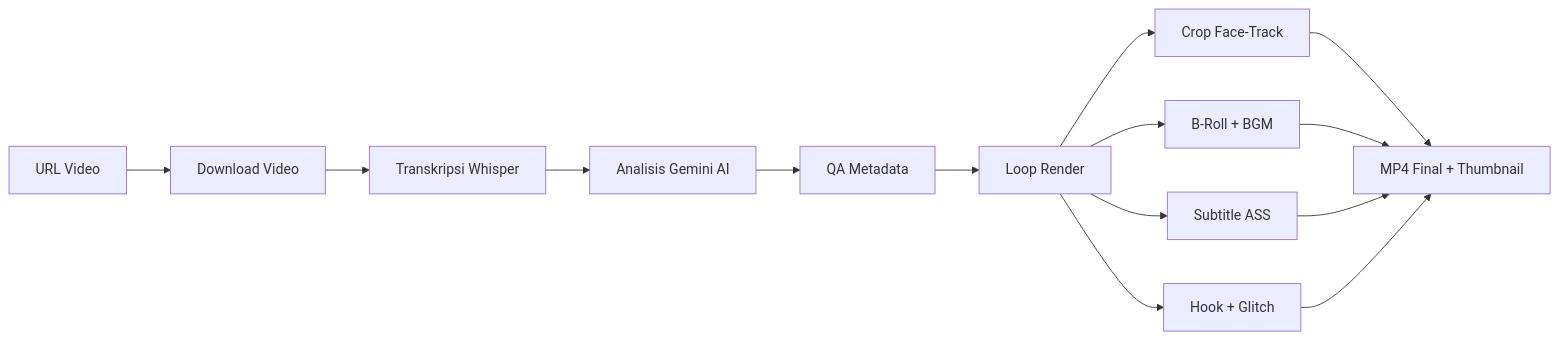
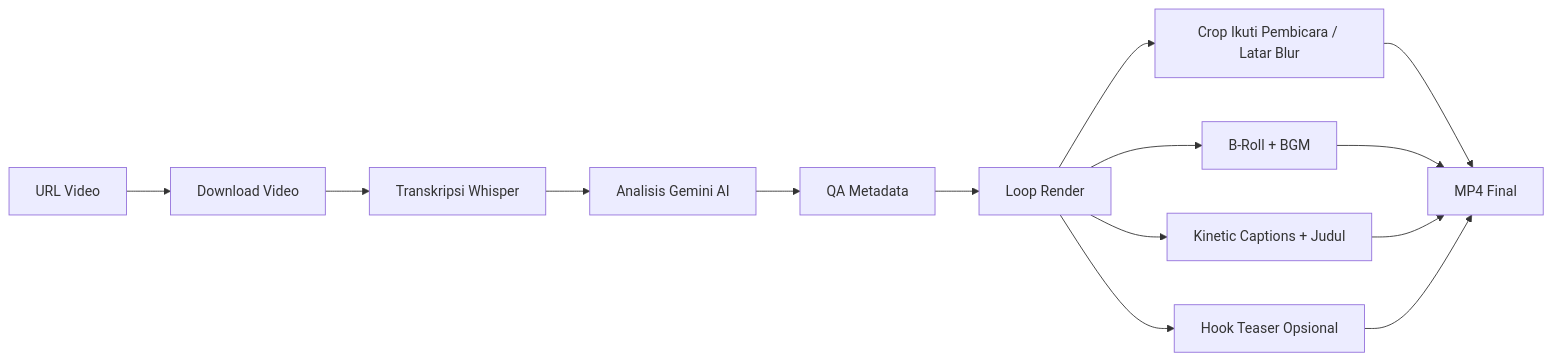
Before and after one commit to pdrajan0x/AutoCutClips: the diagram in README_ID.md, drawn with Mermaid. The commit also changed other lines of this file and 80 other files, not shown here.

````diff
--- a/README_ID.md
+++ b/README_ID.md
@@ -542,13 +533,13 @@
 ```mermaid
 graph LR
     A[URL Video] --> B[Download Video]
     B --> C[Transkripsi Whisper]
     C --> D[Analisis Gemini AI]
     D --> E[QA Metadata]
     E --> F[Loop Render]
-    F --> G[Crop Face-Track]
+    F --> G[Crop Ikuti Pembicara / Latar Blur]
     F --> H[B-Roll + BGM]
-    F --> I[Subtitle ASS]
-    F --> J[Hook + Glitch]
-    G & H & I & J --> K[MP4 Final + Thumbnail]
+    F --> I[Kinetic Captions + Judul]
+    F --> J[Hook Teaser Opsional]
+    G & H & I & J --> K[MP4 Final]
 ```
````
